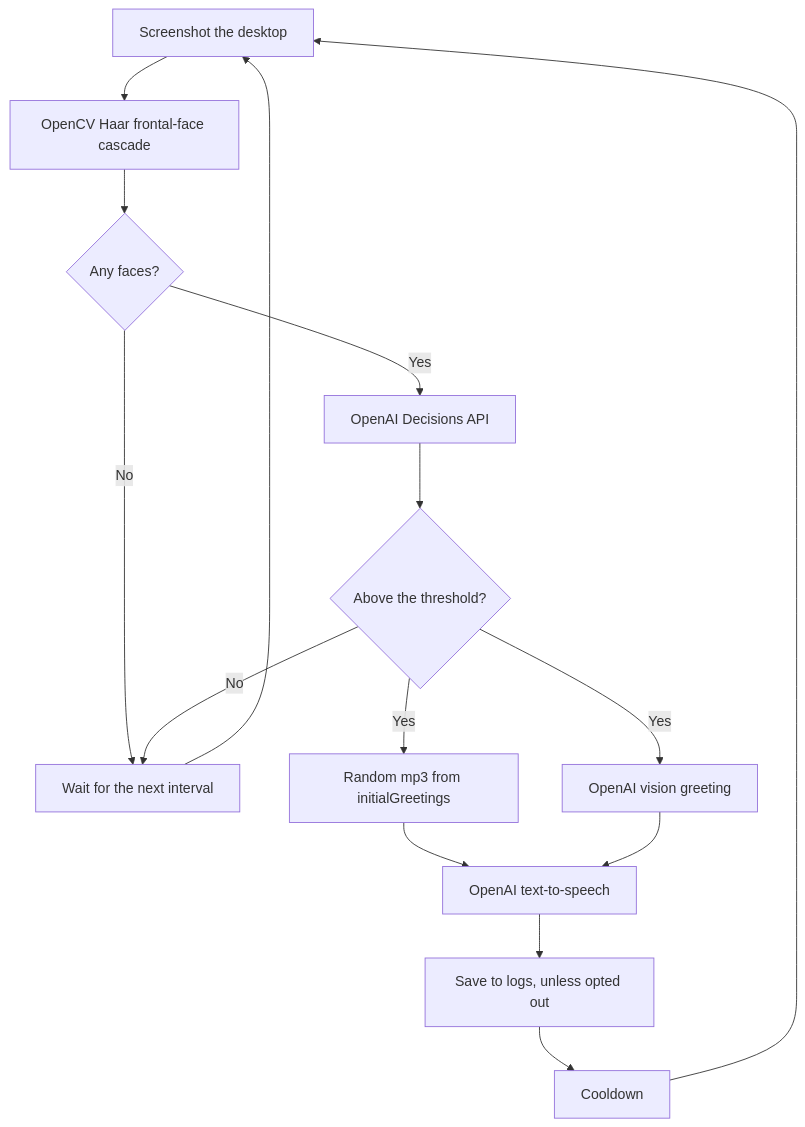
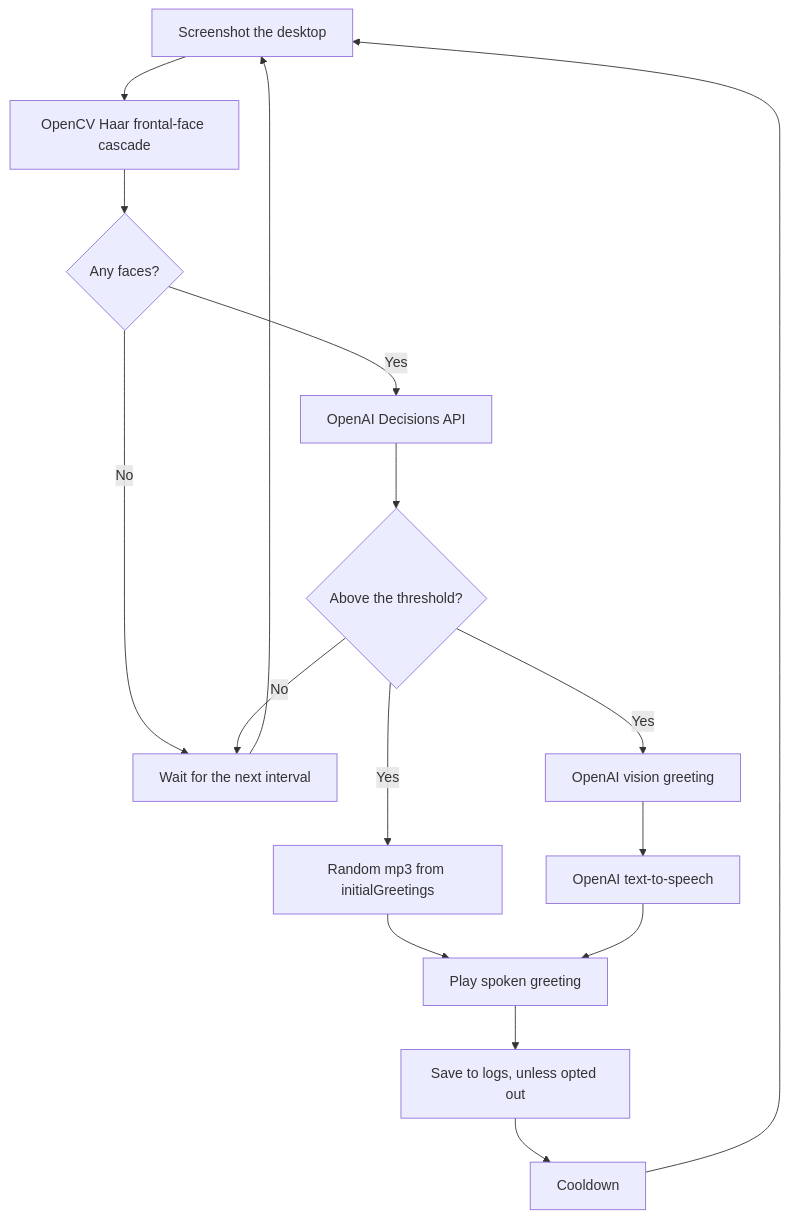
The diagram in README.md (atevington/halloween-ai-greeter), drawn with Mermaid before and after one commit. The commit also changed other lines of this file and 8 other files, not shown here.

````diff
--- a/README.md
+++ b/README.md
@@ -22,17 +22,18 @@
 ```mermaid
 flowchart TD
   shot[Screenshot the desktop] --> opencv[OpenCV Haar frontal-face cascade]
   opencv --> faces{Any faces?}
   faces -->|No| interval[Wait for the next interval]
   interval --> shot
   faces -->|Yes| decisions[OpenAI Decisions API]
   decisions --> decide{Above the threshold?}
   decide -->|No| interval
   decide -->|Yes| intro[Random mp3 from initialGreetings]
   decide -->|Yes| text[OpenAI vision greeting]
-  intro --> speak[OpenAI text-to-speech]
-  text --> speak
-  speak --> save[Save to logs, unless opted out]
+  text --> tts[OpenAI text-to-speech]
+  intro --> play[Play spoken greeting]
+  tts --> play
+  play --> save[Save to logs, unless opted out]
   save --> cool[Cooldown]
   cool --> shot
 ```
````
